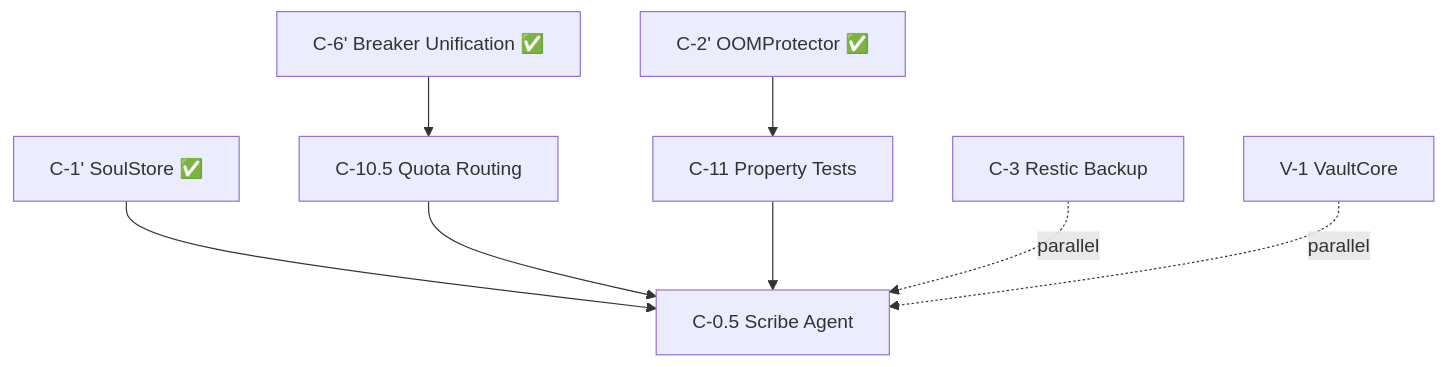
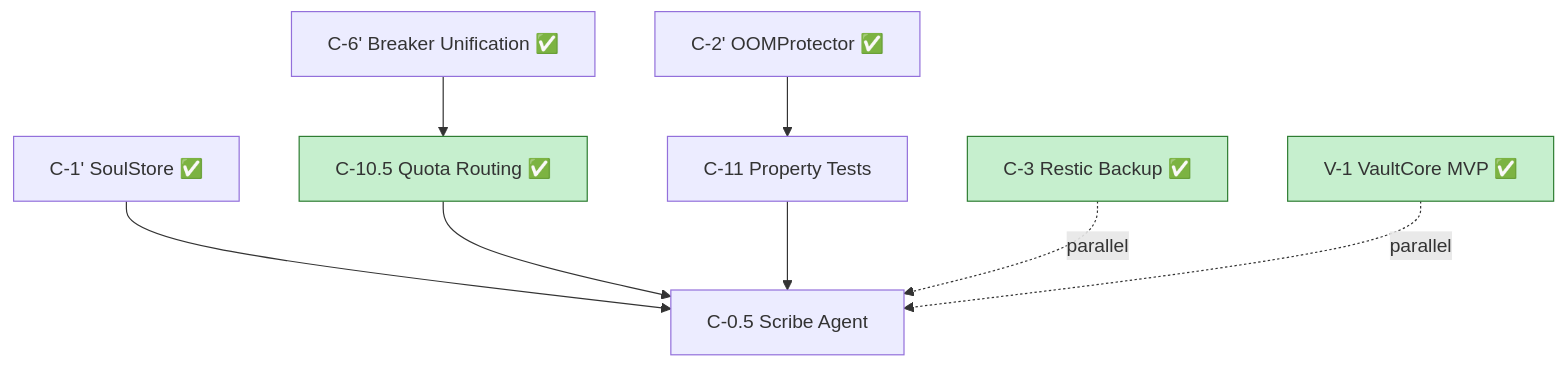
One commit to Xoe-NovAi/omega-engine changed the diagram in docs/sprints/guard-and-distill/index.md. Above: the diagram before and after it, drawn with Mermaid. The commit also changed other lines of this file and 6 other files, not shown here.

````diff
--- a/docs/sprints/guard-and-distill/index.md
+++ b/docs/sprints/guard-and-distill/index.md
@@ -95,10 +95,13 @@
 ```mermaid
 graph TD
-    C6[C-6' Breaker Unification ✅] --> C10[C-10.5 Quota Routing]
+    C6[C-6' Breaker Unification ✅] --> C10[C-10.5 Quota Routing ✅]
     C1[C-1' SoulStore ✅] --> C05[C-0.5 Scribe Agent]
     C2[C-2' OOMProtector ✅] --> C11[C-11 Property Tests]
     C10 --> C05
     C11 --> C05
-    C3[C-3 Restic Backup] -.->|parallel| C05
-    V1[V-1 VaultCore] -.->|parallel| C05
+    C3[C-3 Restic Backup ✅] -.->|parallel| C05
+    V1[V-1 VaultCore MVP ✅] -.->|parallel| C05
+    style C10 fill:#c6efce,stroke:#2e7d32
+    style C3 fill:#c6efce,stroke:#2e7d32
+    style V1 fill:#c6efce,stroke:#2e7d32
 ```
````
